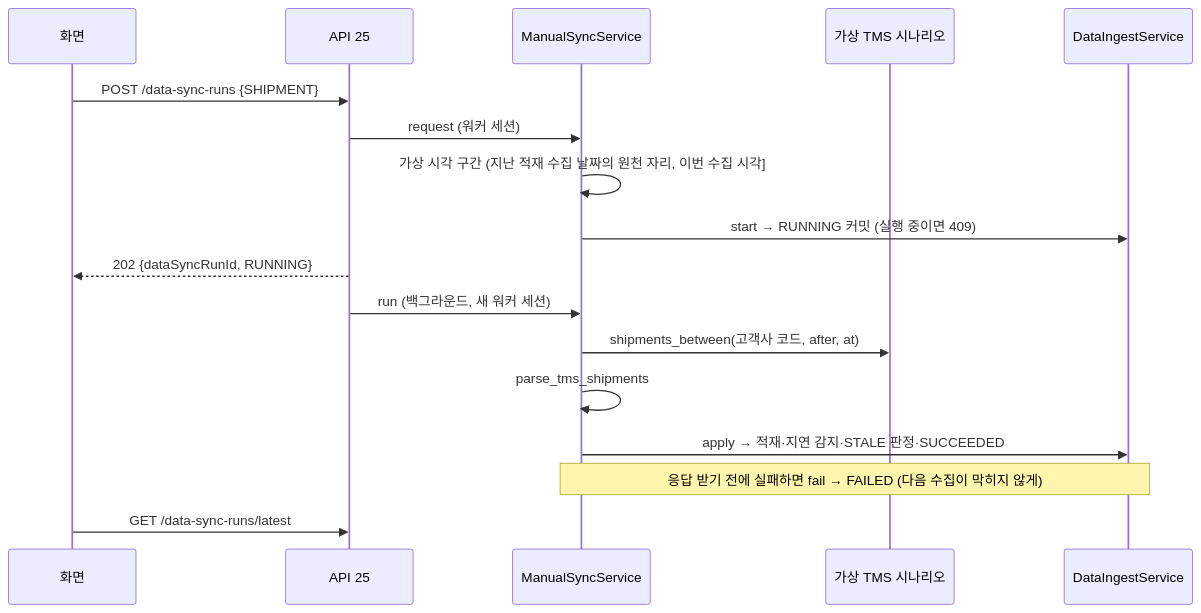
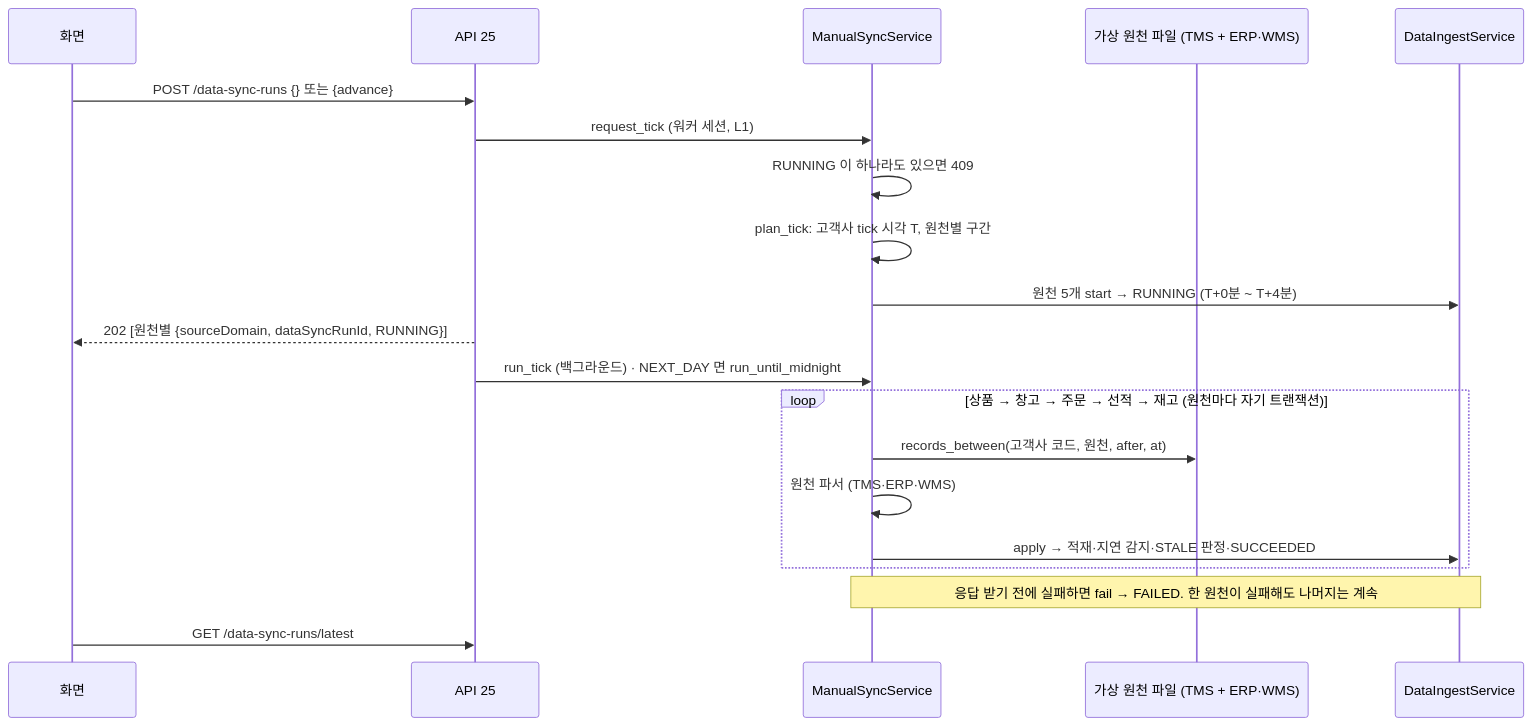
The diagram in docs/data-sync/manual-sync.md (K-GlowShip/glowship-server), drawn with Mermaid before and after one commit. The commit also changed other lines of this file and 18 other files, not shown here.

First line of the commit message:
feat(data_sync): 수동 동기화 — 동기화 버튼 한 번에 다섯 원천을 함께, 가상 10분 tick (가상 ERP·WMS) #GLOW-13 (#91)

````diff
--- a/docs/data-sync/manual-sync.md
+++ b/docs/data-sync/manual-sync.md
@@ -17,19 +22,22 @@
 ```mermaid
 sequenceDiagram
     participant W as 화면
     participant A as API 25
     participant M as ManualSyncService
-    participant T as 가상 TMS 시나리오
+    participant V as 가상 원천 파일 (TMS + ERP·WMS)
     participant I as DataIngestService
-    W->>A: POST /data-sync-runs {SHIPMENT}
-    A->>M: request (워커 세션)
-    M->>M: 가상 시각 구간 (지난 적재 수집 날짜의 원천 자리, 이번 수집 시각]
-    M->>I: start → RUNNING 커밋 (실행 중이면 409)
-    A-->>W: 202 {dataSyncRunId, RUNNING}
-    A->>M: run (백그라운드, 새 워커 세션)
-    M->>T: shipments_between(고객사 코드, after, at)
-    M->>M: parse_tms_shipments
-    M->>I: apply → 적재·지연 감지·STALE 판정·SUCCEEDED
-    Note over M,I: 응답 받기 전에 실패하면 fail → FAILED (다음 수집이 막히지 않게)
+    W->>A: POST /data-sync-runs {} 또는 {advance}
+    A->>M: request_tick (워커 세션, L1)
+    M->>M: RUNNING 이 하나라도 있으면 409
+    M->>M: plan_tick: 고객사 tick 시각 T, 원천별 구간
+    M->>I: 원천 5개 start → RUNNING (T+0분 ~ T+4분)
+    A-->>W: 202 [원천별 {sourceDomain, dataSyncRunId, RUNNING}]
+    A->>M: run_tick (백그라운드) · NEXT_DAY 면 run_until_midnight
+    loop 상품 → 창고 → 주문 → 선적 → 재고 (원천마다 자기 트랜잭션)
+        M->>V: records_between(고객사 코드, 원천, after, at)
+        M->>M: 원천 파서 (TMS·ERP·WMS)
+        M->>I: apply → 적재·지연 감지·STALE 판정·SUCCEEDED
+    end
+    Note over M,I: 응답 받기 전에 실패하면 fail → FAILED. 한 원천이 실패해도 나머지는 계속
     W->>A: GET /data-sync-runs/latest
 ```
````
